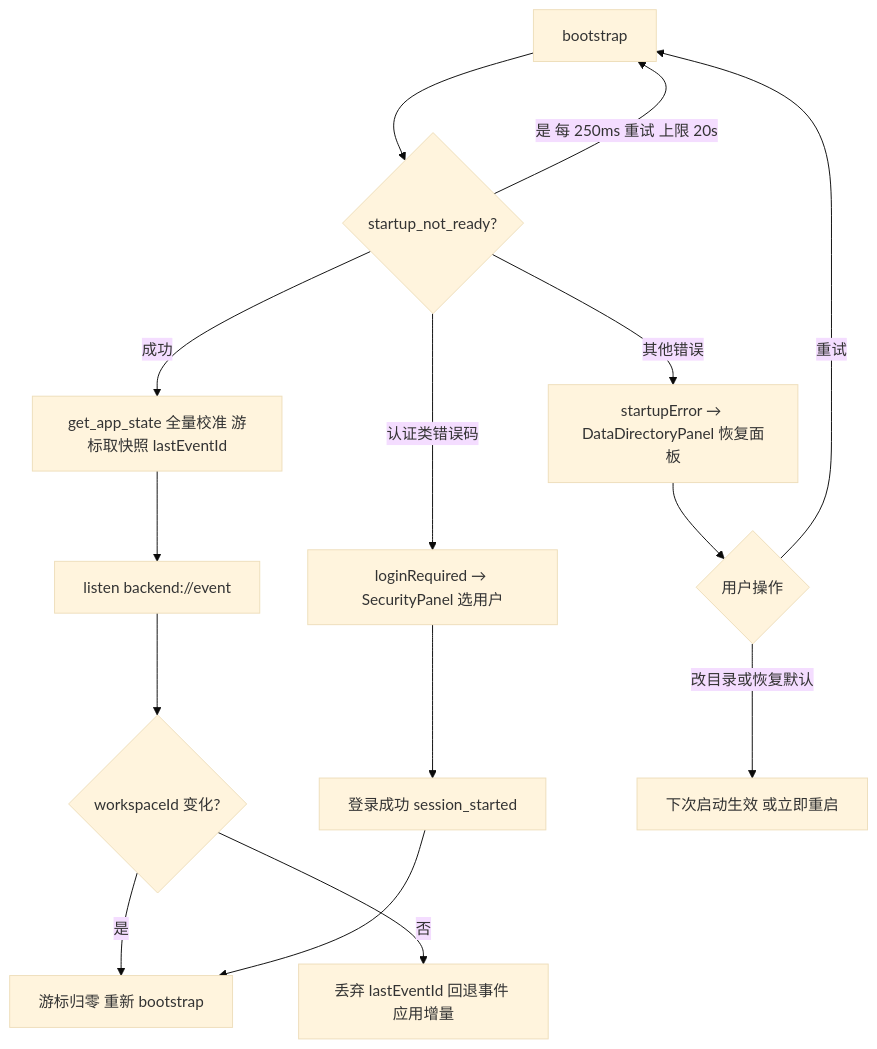
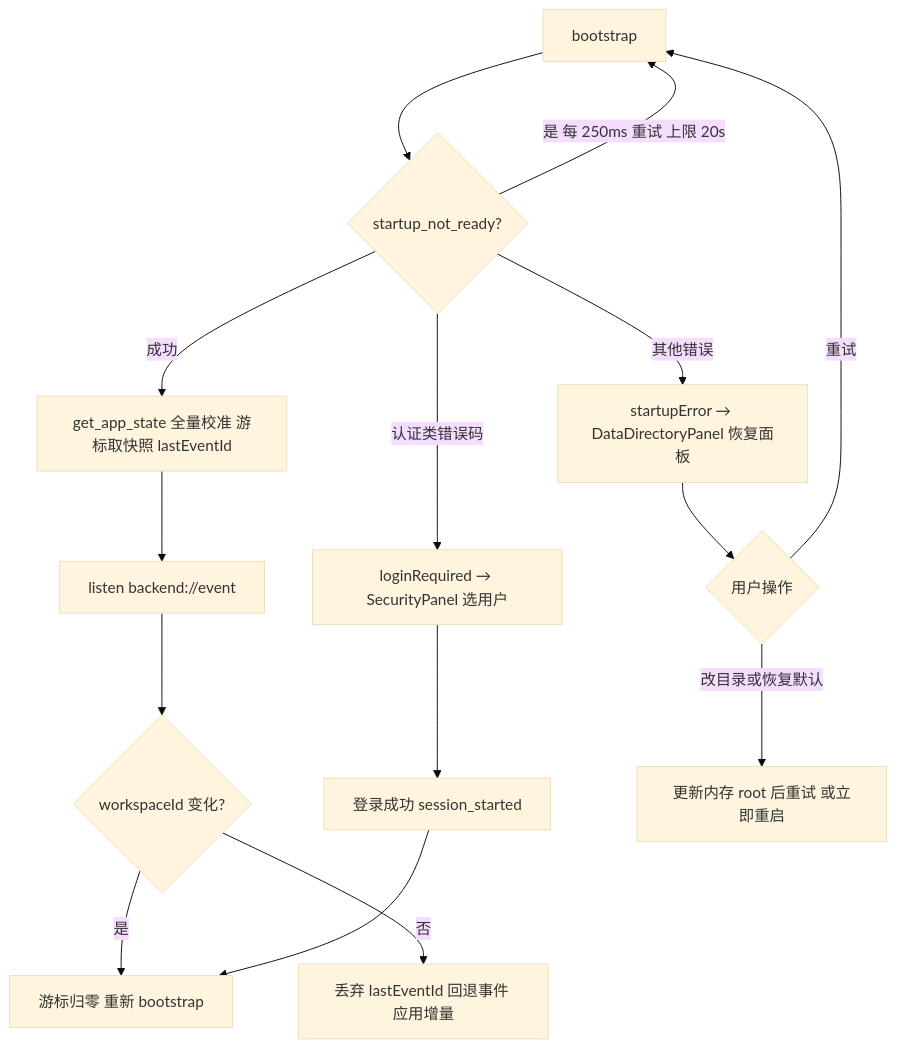
Before and after one commit to hershate/Deep-tutor: diagram 22 of 23 in docs/architecture/02-operation-principles.md, drawn with Mermaid (base theme). The commit also changed other lines of this file and 17 other files, not shown here.

````diff
--- a/docs/architecture/02-operation-principles.md
+++ b/docs/architecture/02-operation-principles.md
@@ -589,17 +591,17 @@
 ```mermaid
 flowchart TD
     A[bootstrap] --> B{startup_not_ready?}
     B -->|是 每 250ms 重试 上限 20s| A
     B -->|认证类错误码| C[loginRequired → SecurityPanel 选用户]
     B -->|其他错误| D[startupError → DataDirectoryPanel 恢复面板]
     B -->|成功| E[get_app_state 全量校准 游标取快照 lastEventId]
     E --> F[listen backend://event]
     F --> G{workspaceId 变化?}
     G -->|是| H[游标归零 重新 bootstrap]
     G -->|否| I[丢弃 lastEventId 回退事件 应用增量]
     C --> J[登录成功 session_started]
     J --> H
     D --> K{用户操作}
     K -->|重试| A
-    K -->|改目录或恢复默认| L[下次启动生效 或立即重启]
+    K -->|改目录或恢复默认| L[更新内存 root 后重试 或立即重启]
 ```
````
